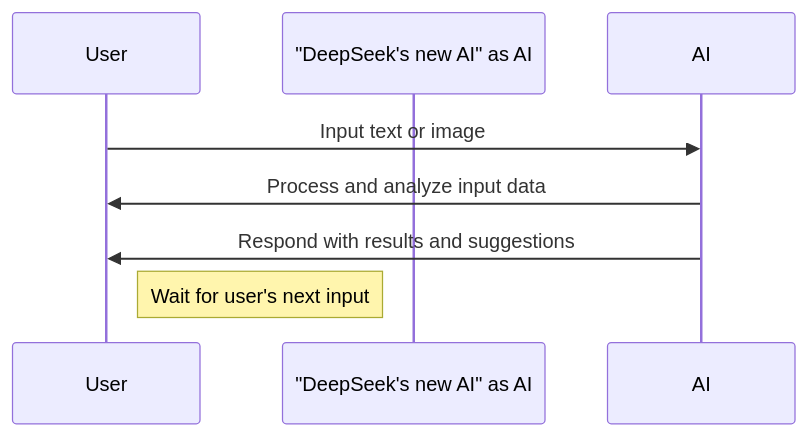
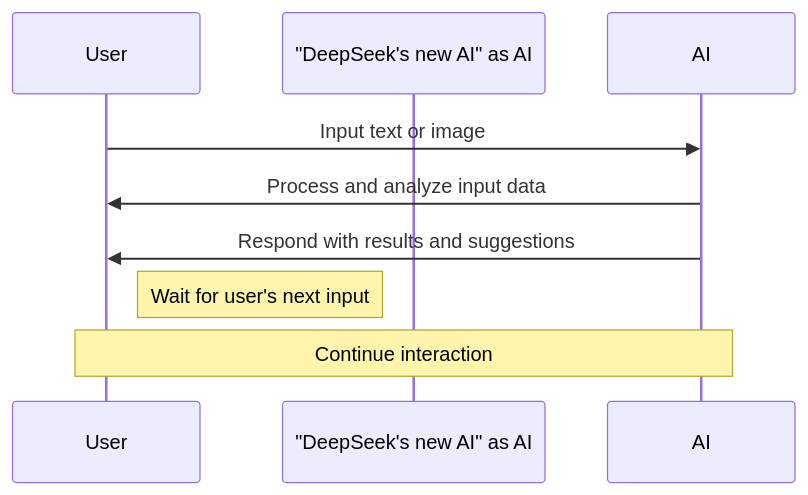
The diagram in src/content/posts/tech/_2026-05-23-deepseeks-new-ai-is-a-game-changer.en.md (a920604a/engineernews), drawn with Mermaid before and after one commit. The commit also changed 4 other files, not shown here.

Commit message:
fix: auto-fix mermaid syntax errors in posts

````diff
--- a/src/content/posts/tech/_2026-05-23-deepseeks-new-ai-is-a-game-changer.en.md
+++ b/src/content/posts/tech/_2026-05-23-deepseeks-new-ai-is-a-game-changer.en.md
@@ -29,9 +29,10 @@
 ```mermaid
 sequenceDiagram
     participant User as User
     participant "DeepSeek's new AI" as AI
     User->>AI: Input text or image
     AI->>User: Process and analyze input data
     AI->>User: Respond with results and suggestions
     Note right of User: Wait for user's next input
+    Note over User,AI: Continue interaction
 ```
````
